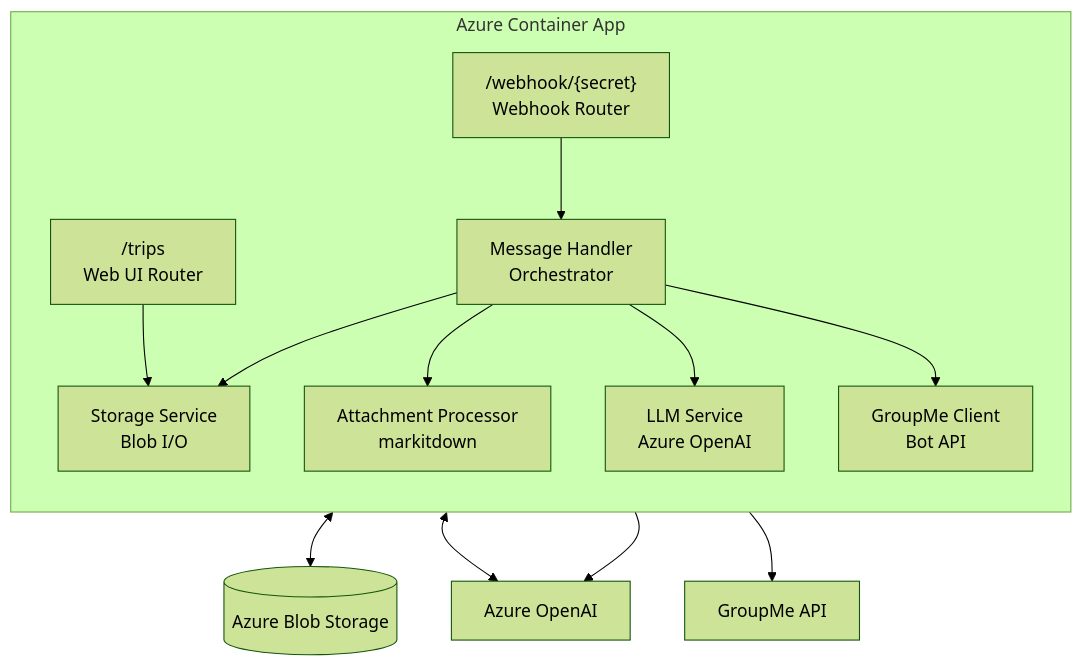
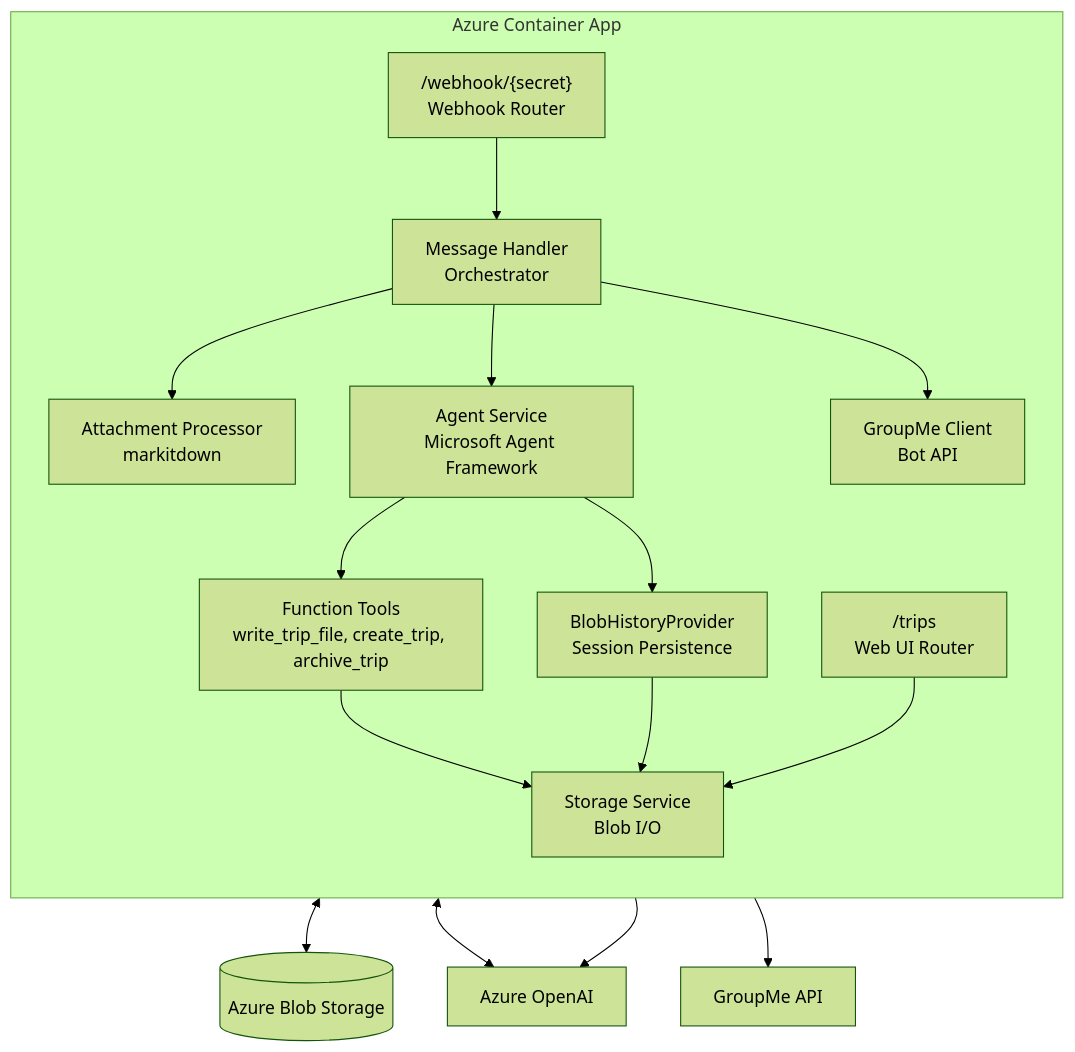
The second of 6 diagrams in docs/architecture.md (marlobello/groupmetravelbot), drawn with Mermaid (forest theme) before and after one commit. The commit also changed other lines of this file and 2 other files, not shown here.

First line of the commit message:
Update docs for Agent Framework migration

````diff
--- a/docs/architecture.md
+++ b/docs/architecture.md
@@ -38,29 +38,34 @@
 ```mermaid
 graph TB
     subgraph "Azure Container App"
         direction TB
         WH["/webhook/{secret}<br/>Webhook Router"]
         WEB["/trips<br/>Web UI Router"]
         MH["Message Handler<br/>Orchestrator"]
-        LLM["LLM Service<br/>Azure OpenAI"]
+        AGT["Agent Service<br/>Microsoft Agent Framework"]
+        TOOLS["Function Tools<br/>write_trip_file, create_trip, archive_trip"]
+        HP["BlobHistoryProvider<br/>Session Persistence"]
         AP["Attachment Processor<br/>markitdown"]
         ST["Storage Service<br/>Blob I/O"]
         GME["GroupMe Client<br/>Bot API"]
     end
 
     WH --> MH
-    MH --> ST
     MH --> AP
-    MH --> LLM
+    MH --> AGT
     MH --> GME
+    AGT --> TOOLS
+    AGT --> HP
+    TOOLS --> ST
+    HP --> ST
     WEB --> ST
 
     BLOB[(Azure Blob Storage)]
     AOAI[Azure OpenAI]
     GAPI[GroupMe API]
 
     ST <--> BLOB
-    LLM <--> AOAI
+    AGT <--> AOAI
     AP --> AOAI
     GME --> GAPI
 ```
````
